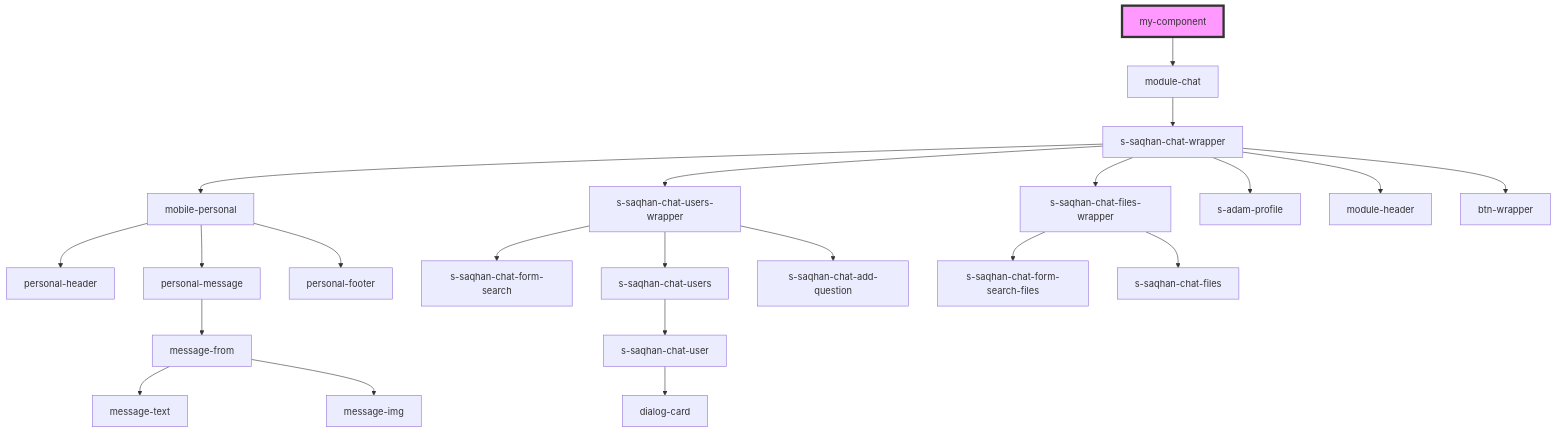
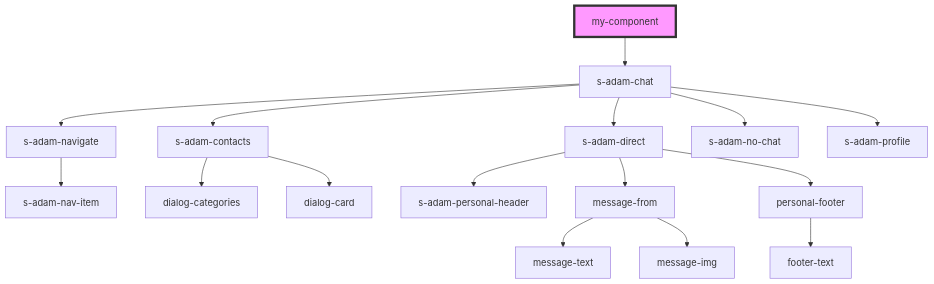
Before and after one commit to saqhan/stencil-chat: the diagram in src/components/my-component/readme.md, drawn with Mermaid. The commit also changed other lines of this file and 24 other files, not shown here.

````diff
--- a/src/components/my-component/readme.md
+++ b/src/components/my-component/readme.md
@@ -13,25 +13,19 @@
 ```mermaid
 graph TD;
-  my-component --> module-chat
-  module-chat --> s-saqhan-chat-wrapper
-  s-saqhan-chat-wrapper --> mobile-personal
-  s-saqhan-chat-wrapper --> s-saqhan-chat-users-wrapper
-  s-saqhan-chat-wrapper --> s-saqhan-chat-files-wrapper
-  s-saqhan-chat-wrapper --> s-adam-profile
-  s-saqhan-chat-wrapper --> module-header
-  s-saqhan-chat-wrapper --> btn-wrapper
-  mobile-personal --> personal-header
-  mobile-personal --> personal-message
-  mobile-personal --> personal-footer
-  personal-message --> message-from
+  my-component --> s-adam-chat
+  s-adam-chat --> s-adam-navigate
+  s-adam-chat --> s-adam-contacts
+  s-adam-chat --> s-adam-direct
+  s-adam-chat --> s-adam-no-chat
+  s-adam-chat --> s-adam-profile
+  s-adam-navigate --> s-adam-nav-item
+  s-adam-contacts --> dialog-categories
+  s-adam-contacts --> dialog-card
+  s-adam-direct --> s-adam-personal-header
+  s-adam-direct --> message-from
+  s-adam-direct --> personal-footer
   message-from --> message-text
   message-from --> message-img
-  s-saqhan-chat-users-wrapper --> s-saqhan-chat-form-search
-  s-saqhan-chat-users-wrapper --> s-saqhan-chat-users
-  s-saqhan-chat-users-wrapper --> s-saqhan-chat-add-question
-  s-saqhan-chat-users --> s-saqhan-chat-user
-  s-saqhan-chat-user --> dialog-card
-  s-saqhan-chat-files-wrapper --> s-saqhan-chat-form-search-files
-  s-saqhan-chat-files-wrapper --> s-saqhan-chat-files
+  personal-footer --> footer-text
   style my-component fill:#f9f,stroke:#333,stroke-width:4px
 ```
````
